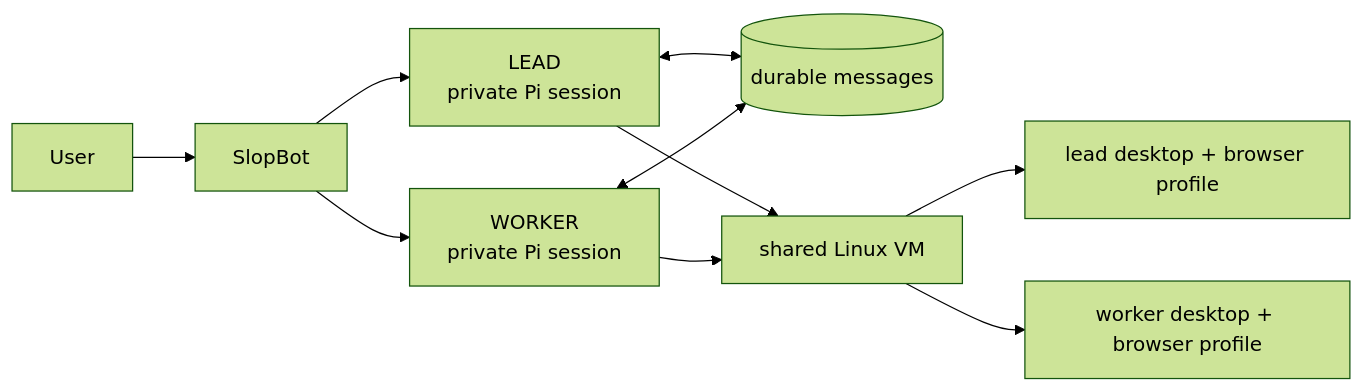
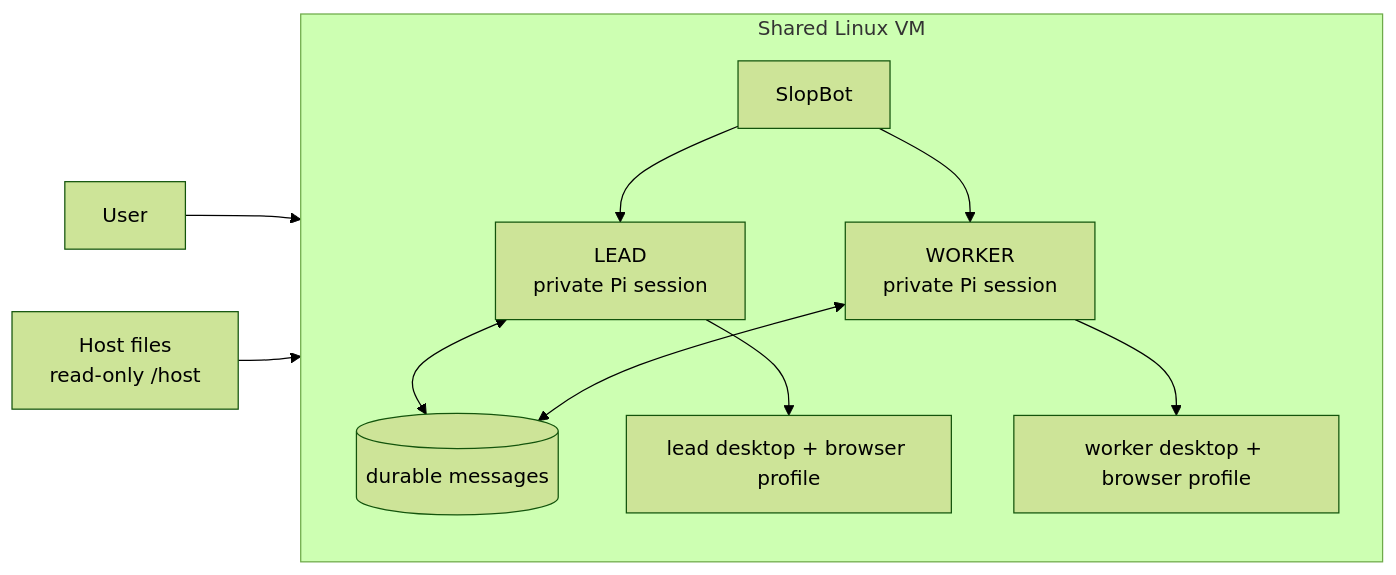
The diagram in README.md (simonbalfe/slopbot), drawn with Mermaid (forest theme) before and after one commit. The commit also changed other lines of this file and 18 other files, not shown here.

Commit message:
Run SlopBot entirely inside its VM

````diff
--- a/README.md
+++ b/README.md
@@ -7,12 +7,13 @@
 ```mermaid
 flowchart LR
-  User --> SlopBot
-  SlopBot --> Lead["LEAD<br/>private Pi session"]
-  SlopBot --> Worker["WORKER<br/>private Pi session"]
-  Lead <--> Mailroom[(durable messages)]
-  Worker <--> Mailroom
-  Lead --> Computer["shared Linux VM"]
-  Worker --> Computer
-  Computer --> LeadProfile["lead desktop + browser profile"]
-  Computer --> WorkerProfile["worker desktop + browser profile"]
+  User --> VM
+  subgraph VM[Shared Linux VM]
+    SlopBot --> Lead["LEAD<br/>private Pi session"]
+    SlopBot --> Worker["WORKER<br/>private Pi session"]
+    Lead <--> Mailroom[(durable messages)]
+    Worker <--> Mailroom
+    Lead --> LeadProfile["lead desktop + browser profile"]
+    Worker --> WorkerProfile["worker desktop + browser profile"]
+  end
+  Host["Host files<br/>read-only /host"] --> VM
 ```
````
